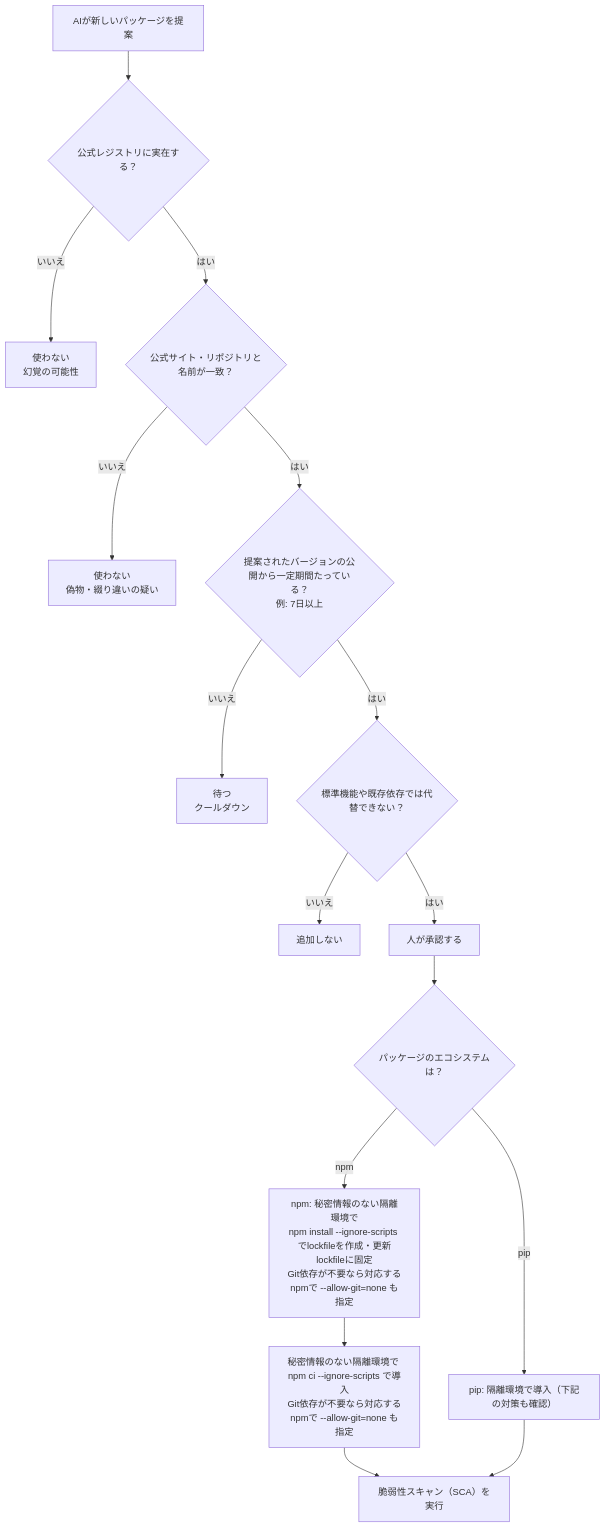
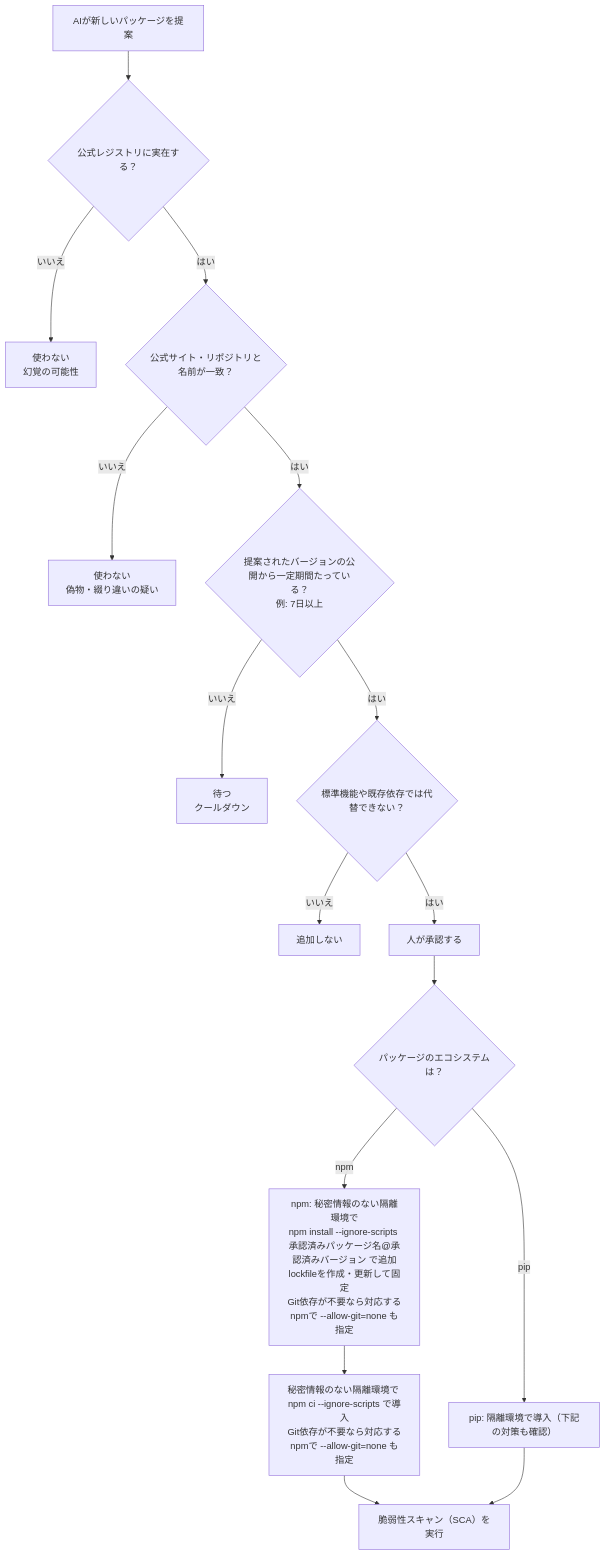
Before and after one commit to myoshi2891/Security_Studies: the sixth of 9 diagrams in Ai-coding-safety-guide.md, drawn with Mermaid. The commit also changed other lines of this file, not shown here.

Commit message:
docs(ai-coding): pin approved package versions in flowchart and add XSS context guidance

````diff
--- a/Ai-coding-safety-guide.md
+++ b/Ai-coding-safety-guide.md
@@ -478,18 +478,18 @@
 ```mermaid
 flowchart TD
     A["AIが新しいパッケージを提案"] --> B{"公式レジストリに実在する？"}
     B -->|"いいえ"| X1["使わない<br/>幻覚の可能性"]
     B -->|"はい"| C{"公式サイト・リポジトリと名前が一致？"}
     C -->|"いいえ"| X2["使わない<br/>偽物・綴り違いの疑い"]
     C -->|"はい"| D{"提案されたバージョンの公開から一定期間たっている？<br/>例: 7日以上"}
     D -->|"いいえ"| X3["待つ<br/>クールダウン"]
     D -->|"はい"| E{"標準機能や既存依存では代替できない？"}
     E -->|"いいえ"| X4["追加しない"]
     E -->|"はい"| F["人が承認する"]
     F --> P{"パッケージのエコシステムは？"}
-    P -->|"npm"| G["npm: 秘密情報のない隔離環境で<br/>npm install --ignore-scripts でlockfileを作成・更新<br/>lockfileに固定<br/>Git依存が不要なら対応するnpmで --allow-git=none も指定"]
+    P -->|"npm"| G["npm: 秘密情報のない隔離環境で<br/>npm install --ignore-scripts 承認済みパッケージ名@承認済みバージョン で追加<br/>lockfileを作成・更新して固定<br/>Git依存が不要なら対応するnpmで --allow-git=none も指定"]
     G --> H["秘密情報のない隔離環境で npm ci --ignore-scripts で導入<br/>Git依存が不要なら対応するnpmで --allow-git=none も指定"]
     H --> I["脆弱性スキャン（SCA）を実行"]
     P -->|"pip"| J["pip: 隔離環境で導入（下記の対策も確認）"]
     J --> I
 ```
````
